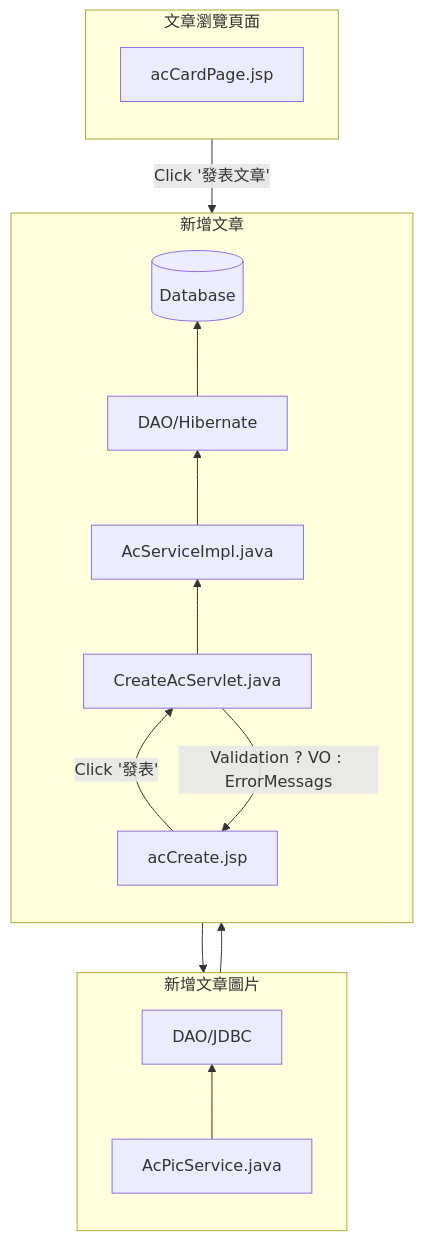
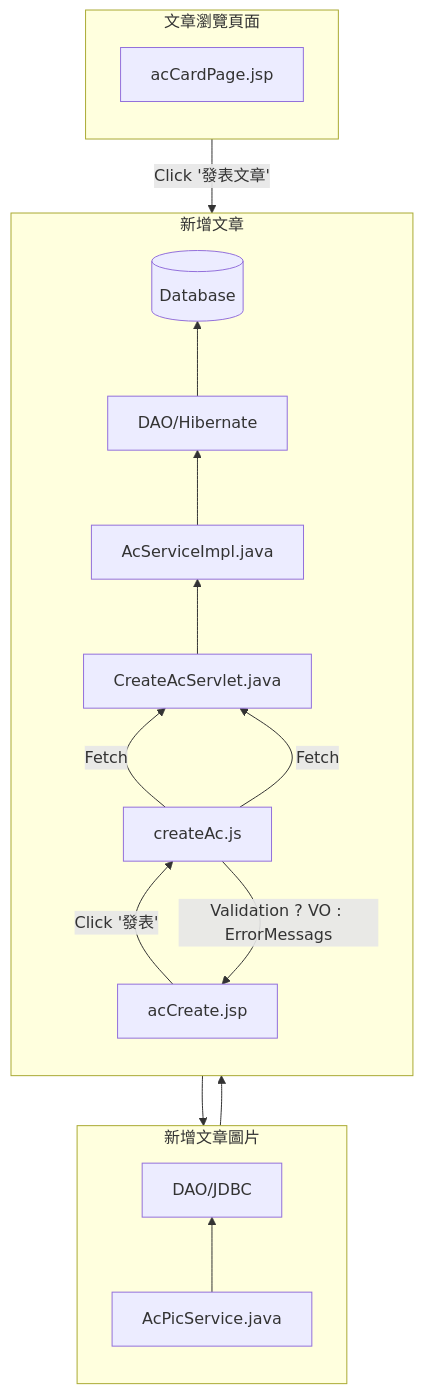
Diagram 11 of 14 in README.md (TLexYuW/CGA103G1OwnPart), drawn with Mermaid before and after one commit.

Commit message:
LexVaultBackup: 2022-09-19 12:55:45
Affected files:
README.md

````diff
--- a/README.md
+++ b/README.md
@@ -265,22 +265,22 @@
 ```mermaid
 graph TB
 	subgraph 新增文章
 	direction BT
-	acC[acCreate.jsp] -->|Click '發表'| CAS[CreateAcServlet.java] --> ASI[AcServiceImpl.java] 
+	acC[acCreate.jsp] -->|Click '發表'| cA[createAc.js] -->|Fetch| CAS[CreateAcServlet.java] --> ASI[AcServiceImpl.java] 
 	--> H[DAO/Hibernate] --> DB[(Database)]
 	end
 	
 	subgraph 新增文章圖片
 	direction BT
-	CAS[CreateAcServlet.java] --> APS[AcPicService.java] 
+	cA -->|Fetch| CAS[CreateAcServlet.java] --> APS[AcPicService.java] 
 	--> DAO[DAO/JDBC] --> DB[(Database)]
 	end
 	
 	subgraph 文章瀏覽頁面
 	direction BT
 	acCP[acCardPage.jsp]
 	end
 	
 	acCP -->|Click '發表文章'| acC
-	CAS -->|Validation ? VO : ErrorMessags| acC
+	cA -->|Validation ? VO : ErrorMessags| acC
 ```
````
